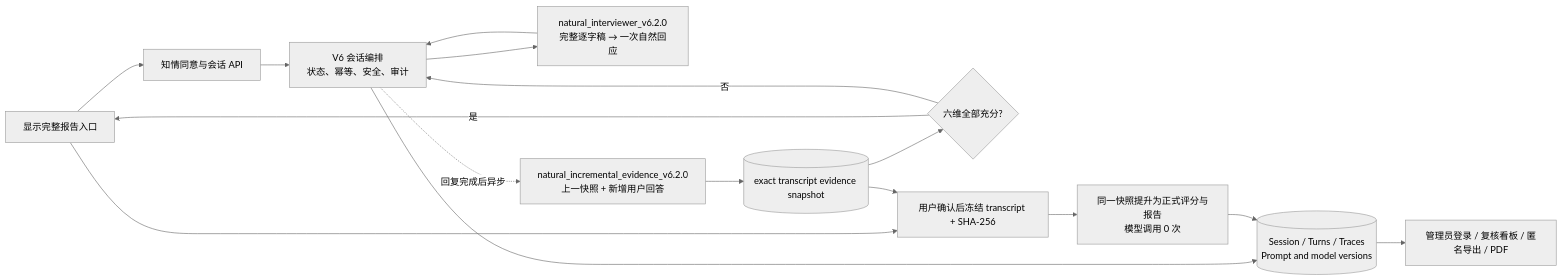
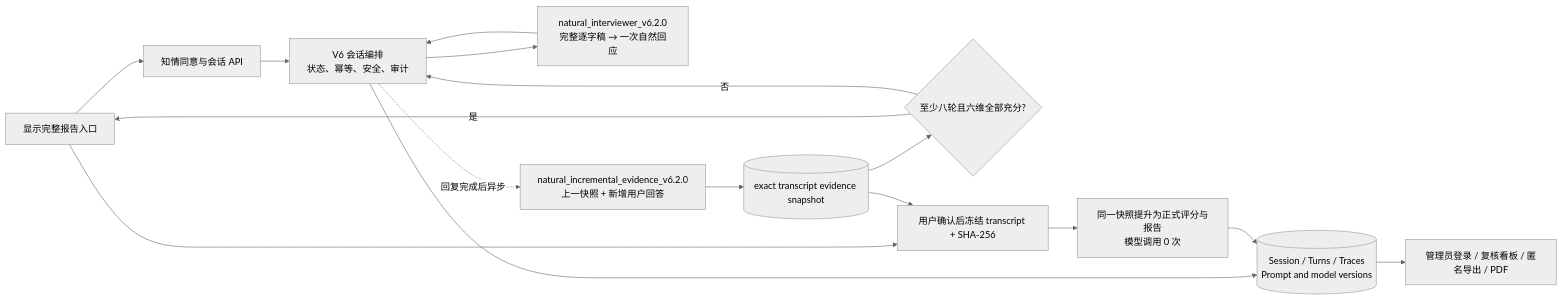
One commit to aBcDd-zm/critical-thinking-assessment-v6 changed the first of 2 diagrams in docs/ARCHITECTURE.md. Above: the diagram before and after it, drawn with Mermaid (neutral theme). The commit also changed other lines of this file and 19 other files, not shown here.

````diff
--- a/docs/ARCHITECTURE.md
+++ b/docs/ARCHITECTURE.md
@@ -5,18 +5,18 @@
 ```mermaid
 flowchart LR
     U["用户 / 可编辑文本输入"] --> C["知情同意与会话 API"]
     C --> S["V6 会话编排\n状态、幂等、安全、审计"]
     S --> I["natural_interviewer_v6.2.0\n完整逐字稿 → 一次自然回应"]
     I --> S
     S --> D[("Session / Turns / Traces\nPrompt and model versions")]
     S -. "回复完成后异步" .-> E["natural_incremental_evidence_v6.2.0\n上一快照 + 新增用户回答"]
     E --> K[("exact transcript evidence snapshot")]
-    K --> G{"六维全部充分?"}
+    K --> G{"至少八轮且六维全部充分?"}
     G -->|是| U["显示完整报告入口"]
     G -->|否| S
     U --> F["用户确认后冻结 transcript + SHA-256"]
     K --> F
     F --> R["同一快照提升为正式评分与报告\n模型调用 0 次"]
     R --> D
     D --> A["管理员登录 / 复核看板 / 匿名导出 / PDF"]
 ```
````
